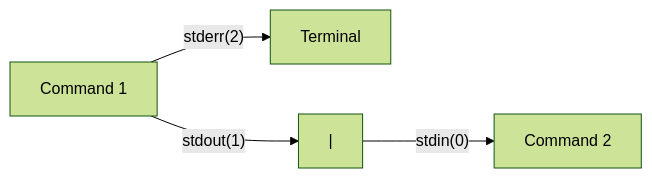
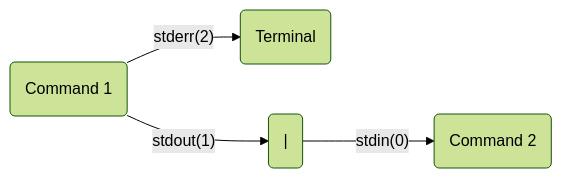
The diagram in src/content/docs/guides/linux.mdx (apcamargo/starlight-test), drawn with Mermaid (forest theme) before and after one commit. The commit also changed other lines of this file, not shown here.

````diff
--- a/src/content/docs/guides/linux.mdx
+++ b/src/content/docs/guides/linux.mdx
@@ -61,10 +61,10 @@
 ```mermaid
 graph LR
-    CMD1["Command 1"] 
-    CMD2["Command 2"]
-    TERM["Terminal"]
+    CMD1("Command 1")
+    CMD2("Command 2")
+    TERM("Terminal")
     
-    CMD1 -->|"stdout(1)"| PIPE["|"]
+    CMD1 -->|"stdout(1)"| PIPE("|")
     PIPE -->|"stdin(0)"| CMD2
     CMD1 -->|"stderr(2)"| TERM
 ```
````
